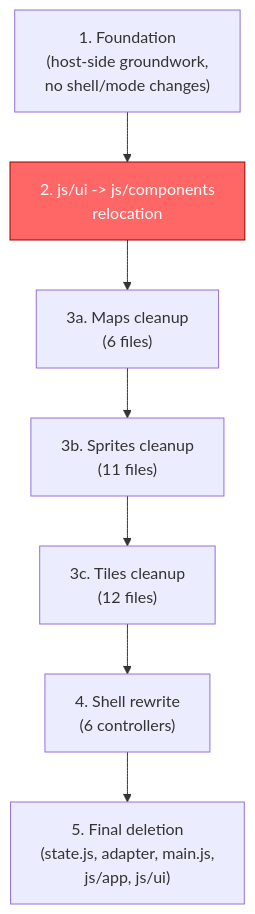
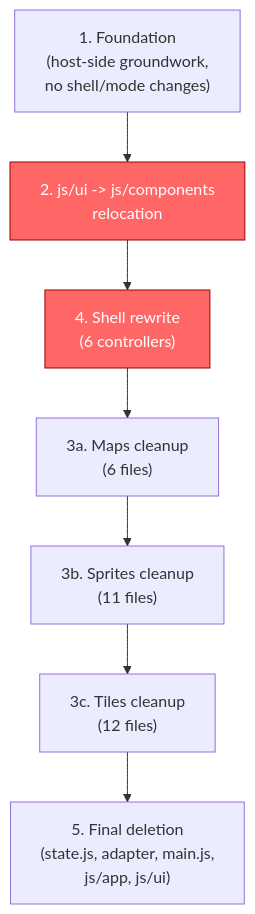
Before and after one commit to kiforsbe/pixelartist: the fourth of 4 diagrams in docs/superpowers/specs/2026-08-10-phase-4-shell-legacy-retirement-design.md, drawn with Mermaid. The commit also changed other lines of this file, not shown here.

First line of the commit message:
docs: amend Phase 4 design doc — Group 3 blocked, reorder Shell rewrite before per-mode cleanup

````diff
--- a/docs/superpowers/specs/2026-08-10-phase-4-shell-legacy-retirement-design.md
+++ b/docs/superpowers/specs/2026-08-10-phase-4-shell-legacy-retirement-design.md
@@ -485,19 +515,20 @@
 ```mermaid
 graph TD
     F["1. Foundation<br/>(host-side groundwork,<br/>no shell/mode changes)"]
     C["2. js/ui -> js/components<br/>relocation"]
+    SH["4. Shell rewrite<br/>(6 controllers)"]
     M["3a. Maps cleanup<br/>(6 files)"]
     S["3b. Sprites cleanup<br/>(11 files)"]
     T["3c. Tiles cleanup<br/>(12 files)"]
-    SH["4. Shell rewrite<br/>(6 controllers)"]
     D["5. Final deletion<br/>(state.js, adapter, main.js,<br/>js/app, js/ui)"]
 
     F --> C
-    C --> M --> S --> T
-    T --> SH
-    SH --> D
+    C --> SH
+    SH --> M --> S --> T
+    T --> D
 
     style C fill:#f66,stroke:#900,color:#fff
+    style SH fill:#f66,stroke:#900,color:#fff
     classDef risk fill:#f66,stroke:#900,color:#fff
-    class C risk
+    class C,SH risk
 ```
````
